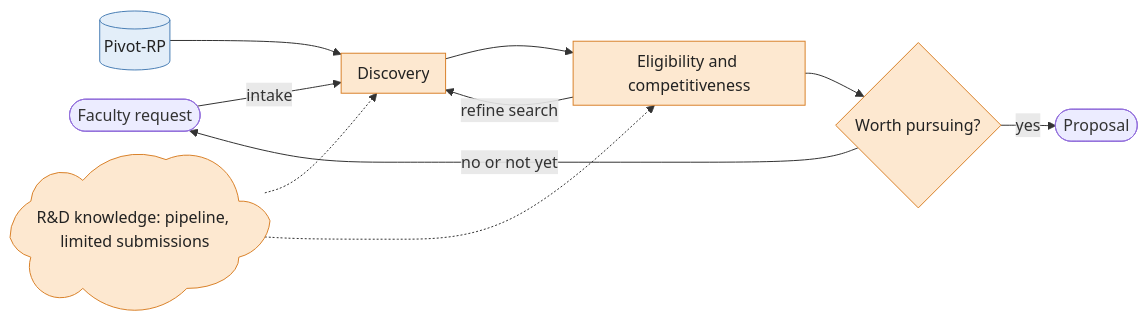
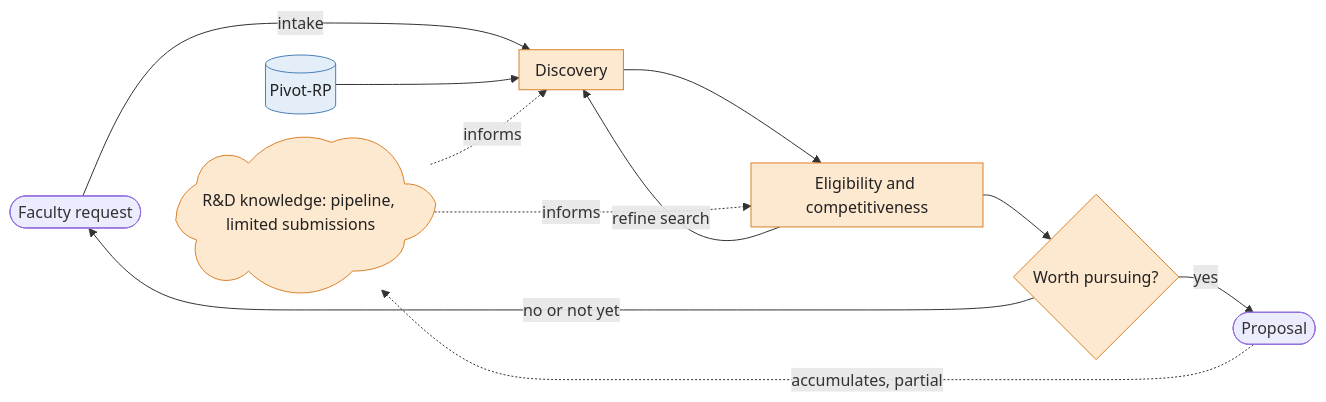
The first of 2 diagrams in Funding opportunities discovery in the age of agentic workflow.md (jstonge/tales-from-the-agent-loop), drawn with Mermaid before and after one commit. The commit also changed other lines of this file and 1 other file, not shown here.

Commit message:
update grant discovery loop

````diff
--- a/Funding opportunities discovery in the age of agentic workflow.md
+++ b/Funding opportunities discovery in the age of agentic workflow.md
@@ -12,20 +12,23 @@
 ```mermaid
 %%{init: {'flowchart': {'nodeSpacing': 20, 'rankSpacing': 30, 'padding': 8}}}%%
 flowchart LR
-    F([Faculty request]) -->|intake| D[Discovery]
+    F([Faculty request])
+    K@{ shape: cloud, label: "R&D knowledge: pipeline, limited submissions" }
+    F ~~~ K
+    F -->|intake| D[Discovery]
     P[(Pivot-RP)] --> D
+    K -.->|informs| D
     D --> E[Eligibility and competitiveness]
     E -->|refine search| D
-    K@{ shape: cloud, label: "R&D knowledge: pipeline, limited submissions" }
-    K -.-> D
-    K -.-> E
+    K -.->|informs| E
     E --> G{Worth pursuing?}
     G -->|yes| A([Proposal])
     G -->|no or not yet| F
+    A -.->|accumulates, partial| K
 
     classDef manual fill:#fde8d0,stroke:#d9822b,color:#222
     classDef tool fill:#e3eef9,stroke:#4a7fb5,color:#222
 
     class D,E,G,K manual
     class P tool
 ```
````
